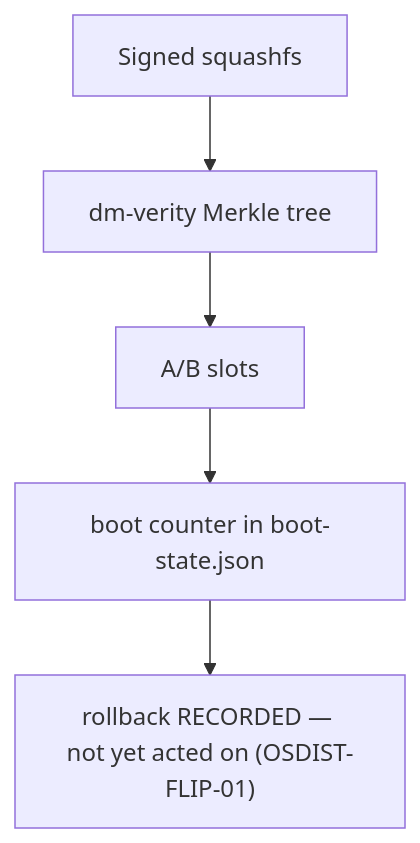
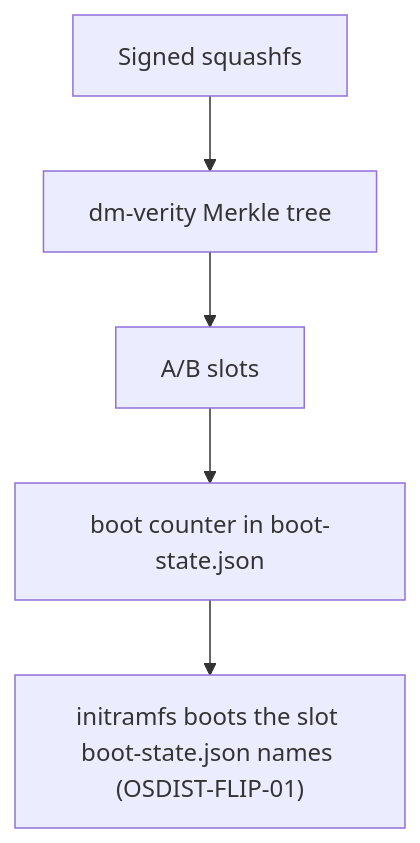
Before and after one commit to vul-os/vulos: the sixth of 6 diagrams in docs/ARCHITECTURE.md, drawn with Mermaid. The commit also changed other lines of this file, not shown here.

First line of the commit message:
docs(architecture): the slot flip works now, and dm-verity does not

````diff
--- a/docs/ARCHITECTURE.md
+++ b/docs/ARCHITECTURE.md
@@ -307,7 +307,7 @@
 ```mermaid
 flowchart TD
     A["Signed squashfs"] --> B["dm-verity Merkle tree"]
     B --> C["A/B slots"]
     C --> D["boot counter in boot-state.json"]
-    D --> E["rollback RECORDED — not yet acted on (OSDIST-FLIP-01)"]
+    D --> E["initramfs boots the slot boot-state.json names (OSDIST-FLIP-01)"]
 ```
````
